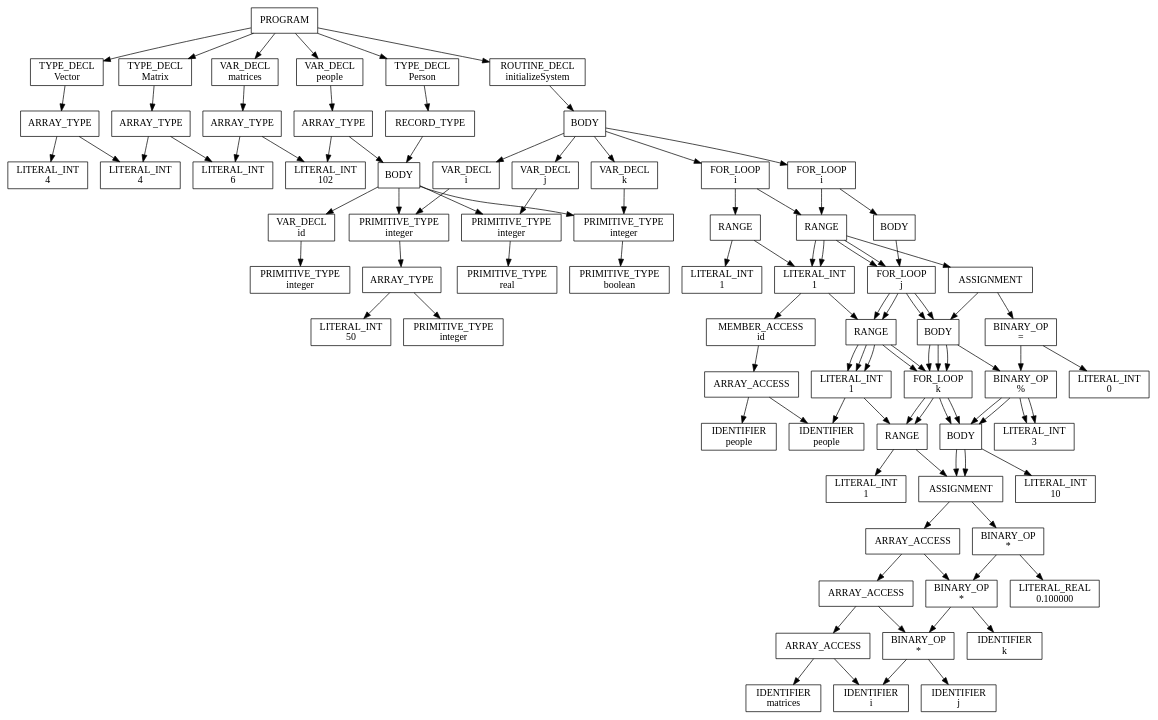
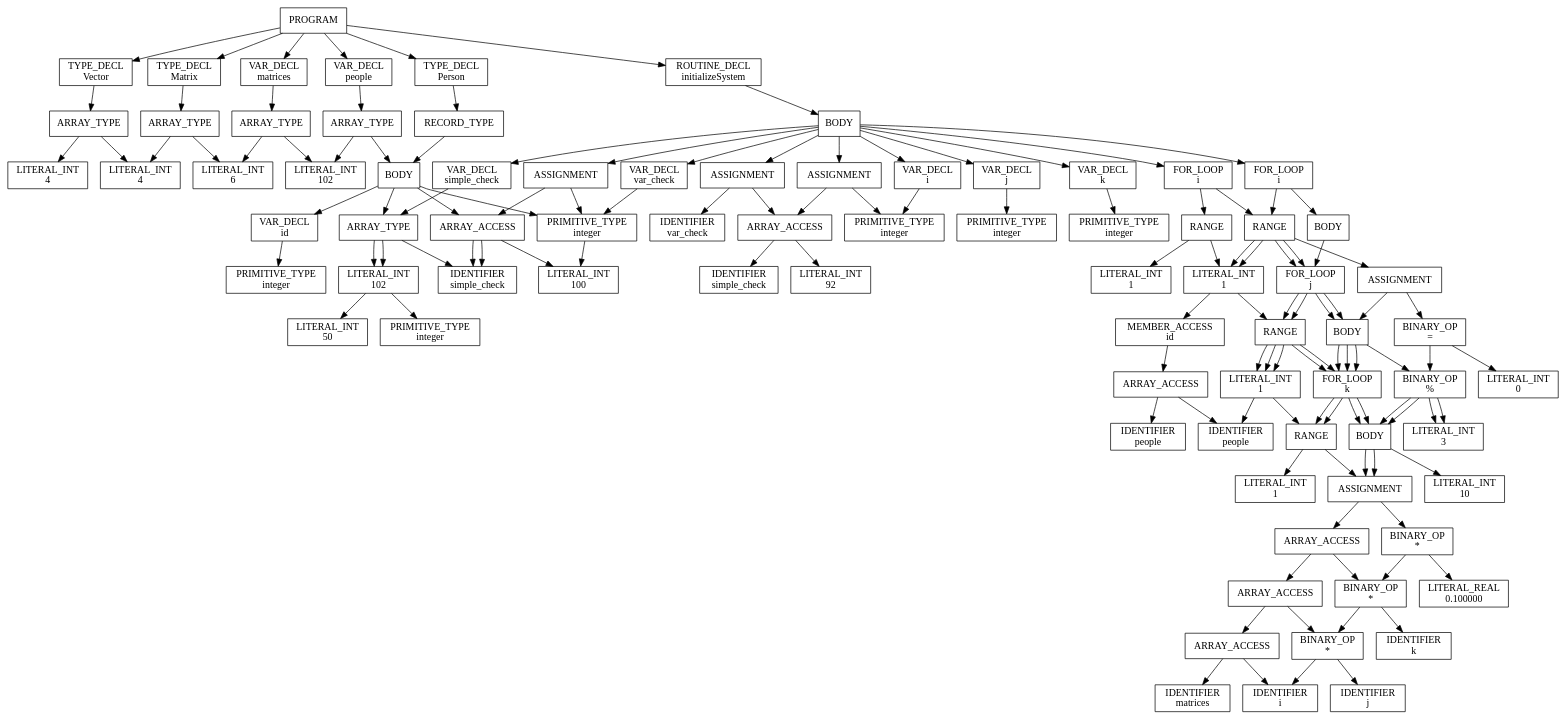
The diagram in temp.txt.dot (Sizye/Main-project), drawn with Graphviz before and after one commit. The commit also changed 1 other file, not shown here.

Commit message:
chore: all tests on array bounds are in temp.txt

```diff
--- a/temp.txt.dot
+++ b/temp.txt.dot
@@ -64,145 +64,183 @@
   n5001 -> n5002;
   n5002 [label="BODY"];
   n5002 -> n5003;
-  n5003 [label="VAR_DECL\ni"];
+  n5003 [label="VAR_DECL\nsimple_check"];
   n5003 -> n5004;
-  n5004 [label="PRIMITIVE_TYPE\ninteger"];
+  n5004 [label="ARRAY_TYPE"];
+  n5004 -> n5005;
+  n5005 [label="LITERAL_INT\n102"];
+  n5004 -> n6005;
+  n6005 [label="PRIMITIVE_TYPE\ninteger"];
   n5002 -> n6003;
-  n6003 [label="VAR_DECL\nj"];
+  n6003 [label="ASSIGNMENT"];
   n6003 -> n6004;
-  n6004 [label="PRIMITIVE_TYPE\ninteger"];
+  n6004 [label="ARRAY_ACCESS"];
+  n6004 -> n6005;
+  n6005 [label="IDENTIFIER\nsimple_check"];
+  n6004 -> n7005;
+  n7005 [label="LITERAL_INT\n100"];
+  n6003 -> n7004;
+  n7004 [label="LITERAL_INT\n23"];
   n5002 -> n7003;
-  n7003 [label="VAR_DECL\nk"];
+  n7003 [label="VAR_DECL\nvar_check"];
   n7003 -> n7004;
   n7004 [label="PRIMITIVE_TYPE\ninteger"];
   n5002 -> n8003;
-  n8003 [label="FOR_LOOP\ni"];
+  n8003 [label="ASSIGNMENT"];
   n8003 -> n8004;
-  n8004 [label="RANGE"];
-  n8004 -> n8005;
-  n8005 [label="LITERAL_INT\n1"];
-  n8004 -> n9005;
-  n9005 [label="LITERAL_INT\n100"];
+  n8004 [label="IDENTIFIER\nvar_check"];
   n8003 -> n9004;
-  n9004 [label="BODY"];
+  n9004 [label="LITERAL_INT\n92"];
+  n5002 -> n9003;
+  n9003 [label="ASSIGNMENT"];
+  n9003 -> n9004;
+  n9004 [label="ARRAY_ACCESS"];
   n9004 -> n9005;
-  n9005 [label="ASSIGNMENT"];
-  n9005 -> n9006;
-  n9006 [label="MEMBER_ACCESS\nid"];
-  n9006 -> n9007;
-  n9007 [label="ARRAY_ACCESS"];
-  n9007 -> n9008;
-  n9008 [label="IDENTIFIER\npeople"];
-  n9007 -> n10008;
-  n10008 [label="IDENTIFIER\ni"];
-  n9005 -> n10006;
-  n10006 [label="BINARY_OP\n+"];
-  n10006 -> n10007;
-  n10007 [label="LITERAL_INT\n1000"];
-  n10006 -> n11007;
-  n11007 [label="IDENTIFIER\ni"];
+  n9005 [label="IDENTIFIER\nsimple_check"];
   n9004 -> n10005;
-  n10005 [label="ASSIGNMENT"];
-  n10005 -> n10006;
-  n10006 [label="MEMBER_ACCESS\nheight"];
-  n10006 -> n10007;
-  n10007 [label="ARRAY_ACCESS"];
-  n10007 -> n10008;
-  n10008 [label="IDENTIFIER\npeople"];
-  n10007 -> n11008;
-  n11008 [label="IDENTIFIER\ni"];
-  n10005 -> n11006;
-  n11006 [label="BINARY_OP\n+"];
-  n11006 -> n11007;
-  n11007 [label="LITERAL_REAL\n1.500000"];
-  n11006 -> n12007;
-  n12007 [label="BINARY_OP\n*"];
-  n12007 -> n12008;
-  n12008 [label="BINARY_OP\n%"];
-  n12008 -> n12009;
-  n12009 [label="IDENTIFIER\ni"];
-  n12008 -> n13009;
-  n13009 [label="LITERAL_INT\n10"];
-  n12007 -> n13008;
-  n13008 [label="LITERAL_REAL\n0.100000"];
-  n9004 -> n11005;
-  n11005 [label="ASSIGNMENT"];
-  n11005 -> n11006;
-  n11006 [label="MEMBER_ACCESS\nisStudent"];
-  n11006 -> n11007;
-  n11007 [label="ARRAY_ACCESS"];
-  n11007 -> n11008;
-  n11008 [label="IDENTIFIER\npeople"];
-  n11007 -> n12008;
-  n12008 [label="IDENTIFIER\ni"];
-  n11005 -> n12006;
-  n12006 [label="BINARY_OP\n="];
-  n12006 -> n12007;
-  n12007 [label="BINARY_OP\n%"];
-  n12007 -> n12008;
-  n12008 [label="IDENTIFIER\ni"];
-  n12007 -> n13008;
-  n13008 [label="LITERAL_INT\n3"];
-  n12006 -> n13007;
-  n13007 [label="LITERAL_INT\n0"];
-  n5002 -> n9003;
-  n9003 [label="FOR_LOOP\ni"];
-  n9003 -> n9004;
-  n9004 [label="RANGE"];
-  n9004 -> n9005;
-  n9005 [label="LITERAL_INT\n1"];
-  n9004 -> n10005;
-  n10005 [label="LITERAL_INT\n5"];
+  n10005 [label="LITERAL_INT\n92"];
   n9003 -> n10004;
-  n10004 [label="BODY"];
-  n10004 -> n10005;
-  n10005 [label="FOR_LOOP\nj"];
-  n10005 -> n10006;
-  n10006 [label="RANGE"];
-  n10006 -> n10007;
-  n10007 [label="LITERAL_INT\n1"];
-  n10006 -> n11007;
-  n11007 [label="LITERAL_INT\n3"];
-  n10005 -> n11006;
-  n11006 [label="BODY"];
-  n11006 -> n11007;
-  n11007 [label="FOR_LOOP\nk"];
-  n11007 -> n11008;
-  n11008 [label="RANGE"];
-  n11008 -> n11009;
-  n11009 [label="LITERAL_INT\n1"];
-  n11008 -> n12009;
-  n12009 [label="LITERAL_INT\n3"];
-  n11007 -> n12008;
-  n12008 [label="BODY"];
-  n12008 -> n12009;
-  n12009 [label="ASSIGNMENT"];
-  n12009 -> n12010;
-  n12010 [label="ARRAY_ACCESS"];
-  n12010 -> n12011;
-  n12011 [label="ARRAY_ACCESS"];
-  n12011 -> n12012;
-  n12012 [label="ARRAY_ACCESS"];
-  n12012 -> n12013;
-  n12013 [label="IDENTIFIER\nmatrices"];
-  n12012 -> n13013;
-  n13013 [label="IDENTIFIER\ni"];
-  n12011 -> n13012;
-  n13012 [label="IDENTIFIER\nj"];
-  n12010 -> n13011;
-  n13011 [label="IDENTIFIER\nk"];
-  n12009 -> n13010;
-  n13010 [label="BINARY_OP\n*"];
-  n13010 -> n13011;
-  n13011 [label="BINARY_OP\n*"];
-  n13011 -> n13012;
-  n13012 [label="BINARY_OP\n*"];
-  n13012 -> n13013;
-  n13013 [label="IDENTIFIER\ni"];
-  n13012 -> n14013;
-  n14013 [label="IDENTIFIER\nj"];
-  n13011 -> n14012;
-  n14012 [label="IDENTIFIER\nk"];
-  n13010 -> n14011;
-  n14011 [label="LITERAL_REAL\n0.100000"];
+  n10004 [label="LITERAL_INT\n234"];
+  n5002 -> n10003;
+  n10003 [label="VAR_DECL\ni"];
+  n10003 -> n10004;
+  n10004 [label="PRIMITIVE_TYPE\ninteger"];
+  n5002 -> n11003;
+  n11003 [label="VAR_DECL\nj"];
+  n11003 -> n11004;
+  n11004 [label="PRIMITIVE_TYPE\ninteger"];
+  n5002 -> n12003;
+  n12003 [label="VAR_DECL\nk"];
+  n12003 -> n12004;
+  n12004 [label="PRIMITIVE_TYPE\ninteger"];
+  n5002 -> n13003;
+  n13003 [label="FOR_LOOP\ni"];
+  n13003 -> n13004;
+  n13004 [label="RANGE"];
+  n13004 -> n13005;
+  n13005 [label="LITERAL_INT\n1"];
+  n13004 -> n14005;
+  n14005 [label="LITERAL_INT\n100"];
+  n13003 -> n14004;
+  n14004 [label="BODY"];
+  n14004 -> n14005;
+  n14005 [label="ASSIGNMENT"];
+  n14005 -> n14006;
+  n14006 [label="MEMBER_ACCESS\nid"];
+  n14006 -> n14007;
+  n14007 [label="ARRAY_ACCESS"];
+  n14007 -> n14008;
+  n14008 [label="IDENTIFIER\npeople"];
+  n14007 -> n15008;
+  n15008 [label="IDENTIFIER\ni"];
+  n14005 -> n15006;
+  n15006 [label="BINARY_OP\n+"];
+  n15006 -> n15007;
+  n15007 [label="LITERAL_INT\n1000"];
+  n15006 -> n16007;
+  n16007 [label="IDENTIFIER\ni"];
+  n14004 -> n15005;
+  n15005 [label="ASSIGNMENT"];
+  n15005 -> n15006;
+  n15006 [label="MEMBER_ACCESS\nheight"];
+  n15006 -> n15007;
+  n15007 [label="ARRAY_ACCESS"];
+  n15007 -> n15008;
+  n15008 [label="IDENTIFIER\npeople"];
+  n15007 -> n16008;
+  n16008 [label="IDENTIFIER\ni"];
+  n15005 -> n16006;
+  n16006 [label="BINARY_OP\n+"];
+  n16006 -> n16007;
+  n16007 [label="LITERAL_REAL\n1.500000"];
+  n16006 -> n17007;
+  n17007 [label="BINARY_OP\n*"];
+  n17007 -> n17008;
+  n17008 [label="BINARY_OP\n%"];
+  n17008 -> n17009;
+  n17009 [label="IDENTIFIER\ni"];
+  n17008 -> n18009;
+  n18009 [label="LITERAL_INT\n10"];
+  n17007 -> n18008;
+  n18008 [label="LITERAL_REAL\n0.100000"];
+  n14004 -> n16005;
+  n16005 [label="ASSIGNMENT"];
+  n16005 -> n16006;
+  n16006 [label="MEMBER_ACCESS\nisStudent"];
+  n16006 -> n16007;
+  n16007 [label="ARRAY_ACCESS"];
+  n16007 -> n16008;
+  n16008 [label="IDENTIFIER\npeople"];
+  n16007 -> n17008;
+  n17008 [label="IDENTIFIER\ni"];
+  n16005 -> n17006;
+  n17006 [label="BINARY_OP\n="];
+  n17006 -> n17007;
+  n17007 [label="BINARY_OP\n%"];
+  n17007 -> n17008;
+  n17008 [label="IDENTIFIER\ni"];
+  n17007 -> n18008;
+  n18008 [label="LITERAL_INT\n3"];
+  n17006 -> n18007;
+  n18007 [label="LITERAL_INT\n0"];
+  n5002 -> n14003;
+  n14003 [label="FOR_LOOP\ni"];
+  n14003 -> n14004;
+  n14004 [label="RANGE"];
+  n14004 -> n14005;
+  n14005 [label="LITERAL_INT\n1"];
+  n14004 -> n15005;
+  n15005 [label="LITERAL_INT\n5"];
+  n14003 -> n15004;
+  n15004 [label="BODY"];
+  n15004 -> n15005;
+  n15005 [label="FOR_LOOP\nj"];
+  n15005 -> n15006;
+  n15006 [label="RANGE"];
+  n15006 -> n15007;
+  n15007 [label="LITERAL_INT\n1"];
+  n15006 -> n16007;
+  n16007 [label="LITERAL_INT\n3"];
+  n15005 -> n16006;
+  n16006 [label="BODY"];
+  n16006 -> n16007;
+  n16007 [label="FOR_LOOP\nk"];
+  n16007 -> n16008;
+  n16008 [label="RANGE"];
+  n16008 -> n16009;
+  n16009 [label="LITERAL_INT\n1"];
+  n16008 -> n17009;
+  n17009 [label="LITERAL_INT\n3"];
+  n16007 -> n17008;
+  n17008 [label="BODY"];
+  n17008 -> n17009;
+  n17009 [label="ASSIGNMENT"];
+  n17009 -> n17010;
+  n17010 [label="ARRAY_ACCESS"];
+  n17010 -> n17011;
+  n17011 [label="ARRAY_ACCESS"];
+  n17011 -> n17012;
+  n17012 [label="ARRAY_ACCESS"];
+  n17012 -> n17013;
+  n17013 [label="IDENTIFIER\nmatrices"];
+  n17012 -> n18013;
+  n18013 [label="IDENTIFIER\ni"];
+  n17011 -> n18012;
+  n18012 [label="IDENTIFIER\nj"];
+  n17010 -> n18011;
+  n18011 [label="IDENTIFIER\nk"];
+  n17009 -> n18010;
+  n18010 [label="BINARY_OP\n*"];
+  n18010 -> n18011;
+  n18011 [label="BINARY_OP\n*"];
+  n18011 -> n18012;
+  n18012 [label="BINARY_OP\n*"];
+  n18012 -> n18013;
+  n18013 [label="IDENTIFIER\ni"];
+  n18012 -> n19013;
+  n19013 [label="IDENTIFIER\nj"];
+  n18011 -> n19012;
+  n19012 [label="IDENTIFIER\nk"];
+  n18010 -> n19011;
+  n19011 [label="LITERAL_REAL\n0.100000"];
 }
```
